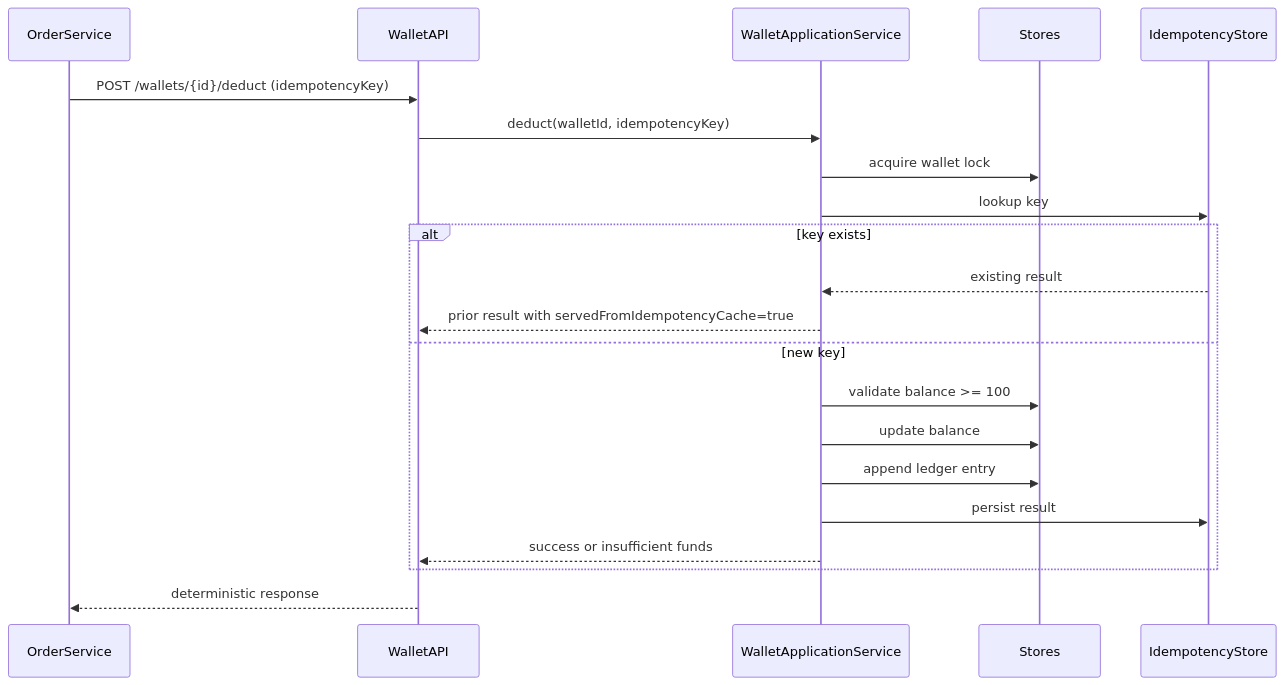
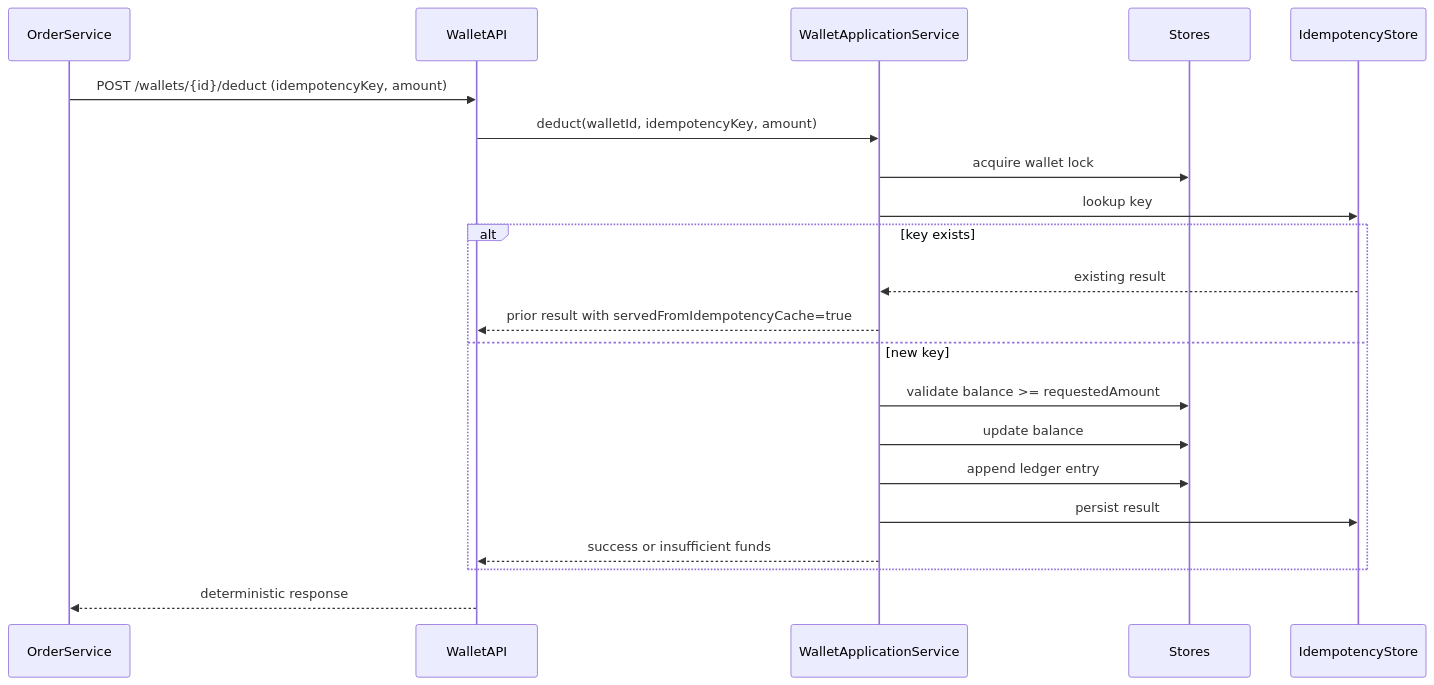
Before and after one commit to codewithakc/wallet-service: the fifth of 5 diagrams in docs/HLD.md, drawn with Mermaid. The commit also changed other lines of this file and 17 other files, not shown here.

````diff
--- a/docs/HLD.md
+++ b/docs/HLD.md
@@ -159,24 +160,24 @@
 ```mermaid
 sequenceDiagram
 participant OrderService
 participant API as WalletAPI
 participant Service as WalletApplicationService
 participant Store as Stores
 participant Idempotency as IdempotencyStore
 
-OrderService->>API: POST /wallets/{id}/deduct (idempotencyKey)
-API->>Service: deduct(walletId, idempotencyKey)
+OrderService->>API: POST /wallets/{id}/deduct (idempotencyKey, amount)
+API->>Service: deduct(walletId, idempotencyKey, amount)
 Service->>Store: acquire wallet lock
 Service->>Idempotency: lookup key
 alt key exists
   Idempotency-->>Service: existing result
   Service-->>API: prior result with servedFromIdempotencyCache=true
 else new key
-  Service->>Store: validate balance >= 100
+  Service->>Store: validate balance >= requestedAmount
   Service->>Store: update balance
   Service->>Store: append ledger entry
   Service->>Idempotency: persist result
   Service-->>API: success or insufficient funds
 end
 API-->>OrderService: deterministic response
 ```
````
